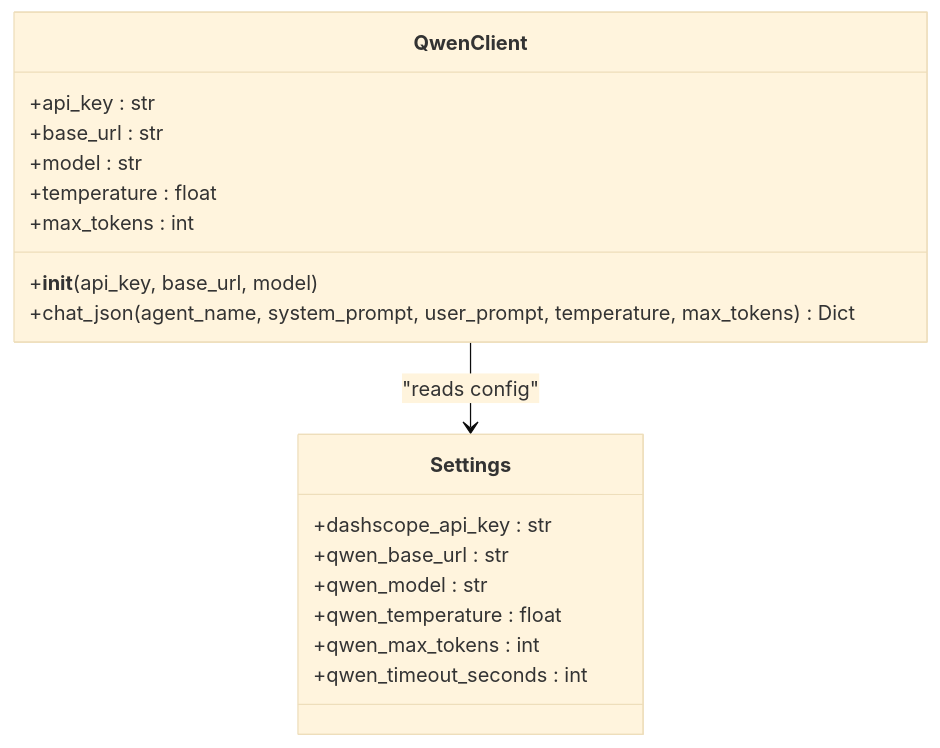
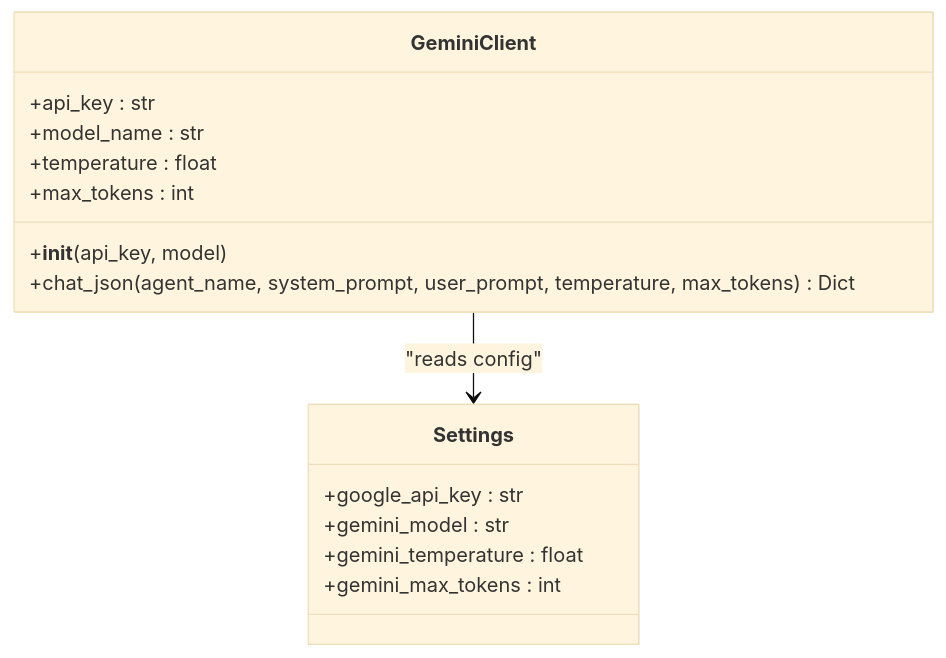
The third of 6 diagrams in .qoder/repowiki/en/content/External Integrations/Configuration Management.md (waqarimran342/CareerOS-AI), drawn with Mermaid (base theme) before and after one commit. The commit also changed other lines of this file and 32 other files, not shown here.

````diff
--- a/.qoder/repowiki/en/content/External Integrations/Configuration Management.md
+++ b/.qoder/repowiki/en/content/External Integrations/Configuration Management.md
@@ -150,21 +156,18 @@
 ```mermaid
 classDiagram
-class QwenClient {
+class GeminiClient {
 +api_key : str
-+base_url : str
-+model : str
++model_name : str
 +temperature : float
 +max_tokens : int
-+__init__(api_key, base_url, model)
++__init__(api_key, model)
 +chat_json(agent_name, system_prompt, user_prompt, temperature, max_tokens) Dict
 }
 class Settings {
-+dashscope_api_key : str
-+qwen_base_url : str
-+qwen_model : str
-+qwen_temperature : float
-+qwen_max_tokens : int
-+qwen_timeout_seconds : int
++google_api_key : str
++gemini_model : str
++gemini_temperature : float
++gemini_max_tokens : int
 }
-QwenClient --> Settings : "reads config"
+GeminiClient --> Settings : "reads config"
 ```
````
